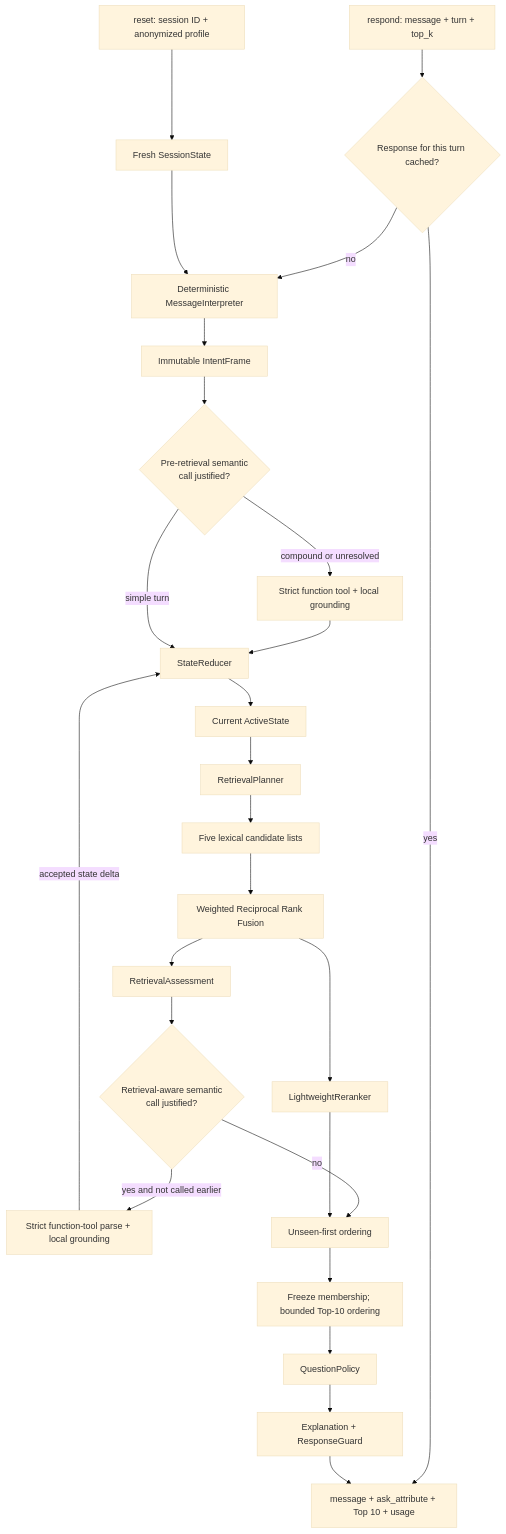
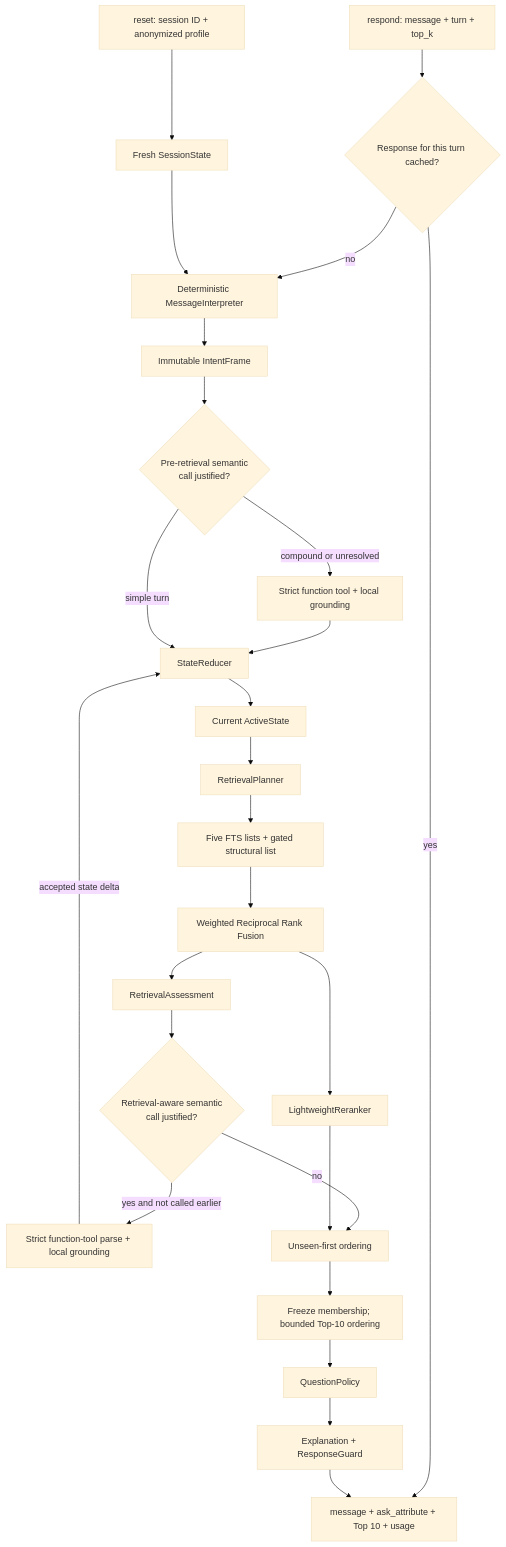
One commit to ash15khng/tiktok-techjam changed the diagram in docs/architecture.md. Above: the diagram before and after it, drawn with Mermaid (base theme). The commit also changed other lines of this file and 13 other files, not shown here.

````diff
--- a/docs/architecture.md
+++ b/docs/architecture.md
@@ -73,29 +74,29 @@
 ```mermaid
 flowchart TD
     A[reset: session ID + anonymized profile] --> B[Fresh SessionState]
     C[respond: message + turn + top_k] --> C1{Response for this turn cached?}
     C1 -- yes --> R
     C1 -- no --> D[Deterministic MessageInterpreter]
     B --> D
     D --> E[Immutable IntentFrame]
     E --> S{Pre-retrieval semantic<br/>call justified?}
     S -- compound or unresolved --> T[Strict function tool + local grounding]
     T --> F
     S -- simple turn --> F
     F[StateReducer]
     F --> G[Current ActiveState]
     G --> H[RetrievalPlanner]
-    H --> I[Five lexical candidate lists]
+    H --> I[Five FTS lists + gated structural list]
     I --> J[Weighted Reciprocal Rank Fusion]
     J --> K[RetrievalAssessment]
     J --> L[LightweightReranker]
     K --> M{Retrieval-aware semantic<br/>call justified?}
     M -- yes and not called earlier --> N[Strict function-tool parse + local grounding]
     N -->|accepted state delta| F
     M -- no --> O[Unseen-first ordering]
     L --> O
     O --> O2[Freeze membership; bounded Top-10 ordering]
     O2 --> P[QuestionPolicy]
     P --> Q[Explanation + ResponseGuard]
     Q --> R[message + ask_attribute + Top 10 + usage]
 ```
````
